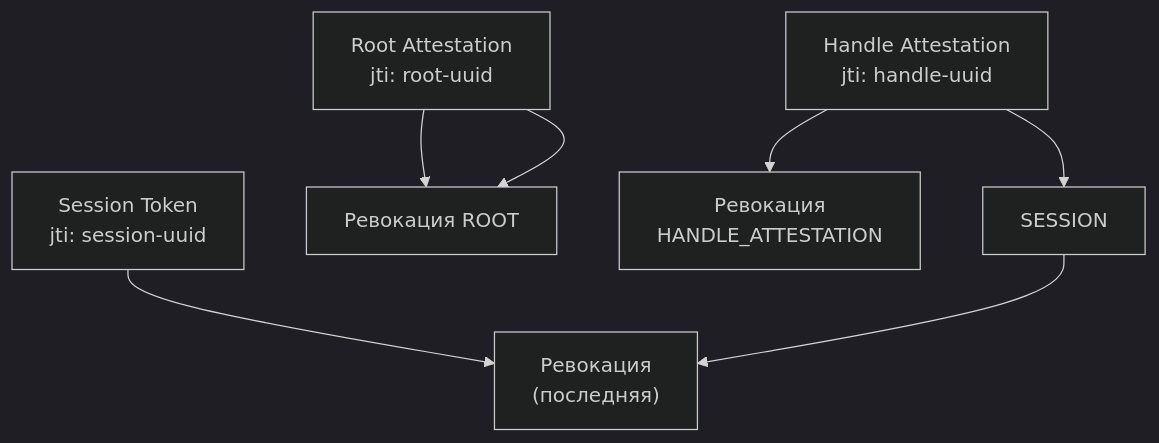
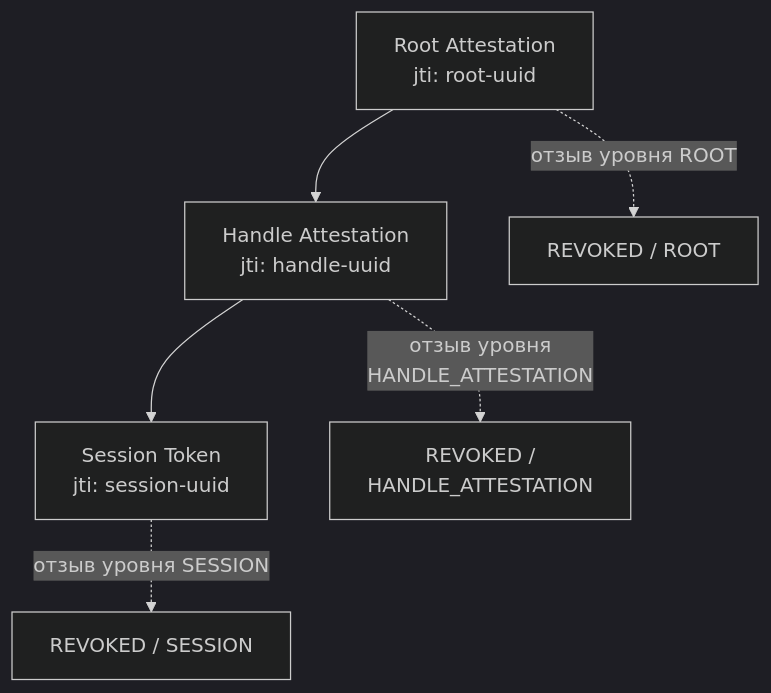
The diagram in src/content/blog/ru/revocation-checker-instant-revocation.md (me2em-org/me2em-website), drawn with Mermaid (dark theme) before and after one commit. The commit also changed other lines of this file and 13 other files, not shown here.

````diff
--- a/src/content/blog/ru/revocation-checker-instant-revocation.md
+++ b/src/content/blog/ru/revocation-checker-instant-revocation.md
@@ -212,9 +214,7 @@
 ```mermaid
 flowchart TD
-    S["Session Token<br/>jti: session-uuid"] --> CHECK4["Ревокация<br/>(последняя)"]
-    A["Root Attestation<br/>jti: root-uuid"] --> CHECK1["Ревокация ROOT"]
-    B["Handle Attestation<br/>jti: handle-uuid"] --> CHECK2["Ревокация<br/>HANDLE_ATTESTATION"]
-    B --> SESSION
-    SESSION --> CHECK4
-    A --> CHECK1
+    A["Root Attestation<br/>jti: root-uuid"] --> B["Handle Attestation<br/>jti: handle-uuid"] --> S["Session Token<br/>jti: session-uuid"]
+    A -.->|"отзыв уровня ROOT"| K1["REVOKED / ROOT"]
+    B -.->|"отзыв уровня<br/>HANDLE_ATTESTATION"| K2["REVOKED /<br/>HANDLE_ATTESTATION"]
+    S -.->|"отзыв уровня SESSION"| K3["REVOKED / SESSION"]
 ```
````
